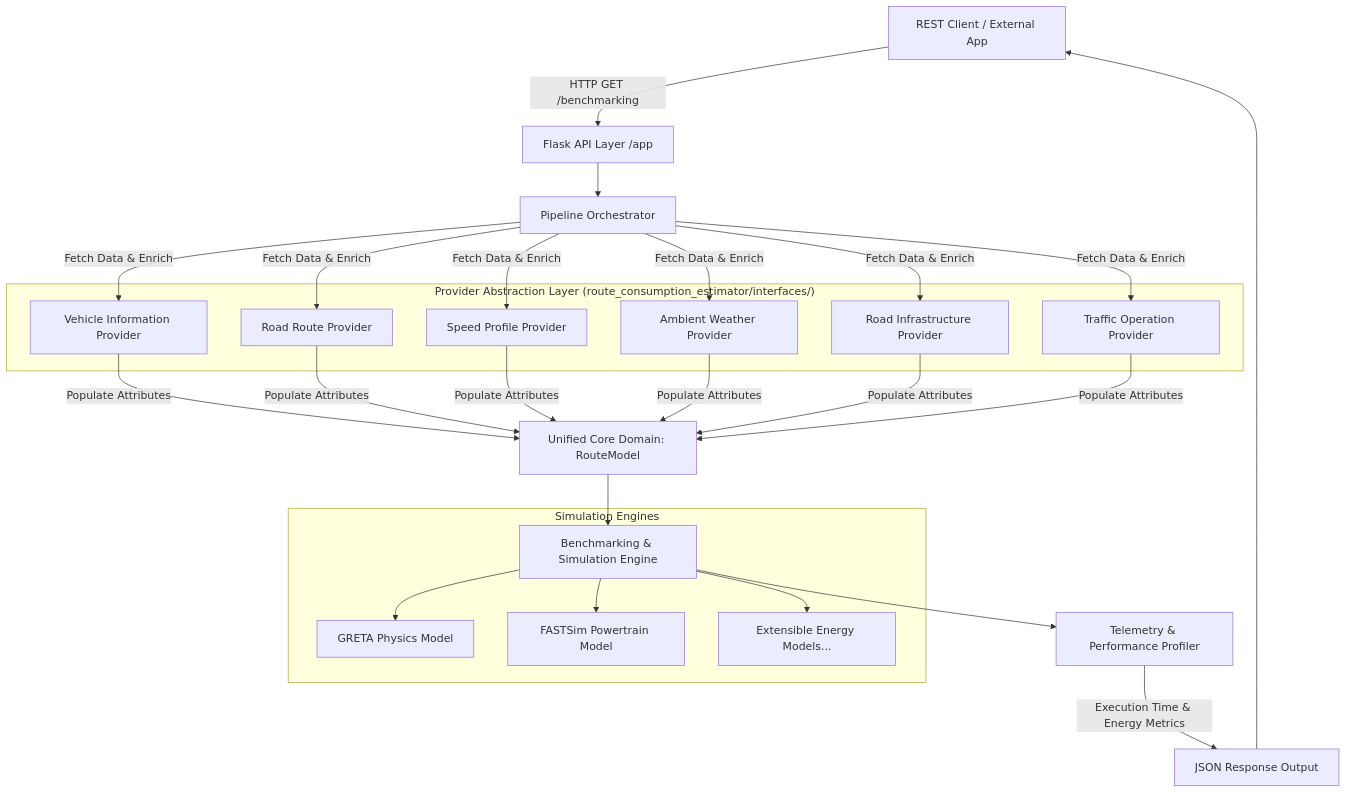
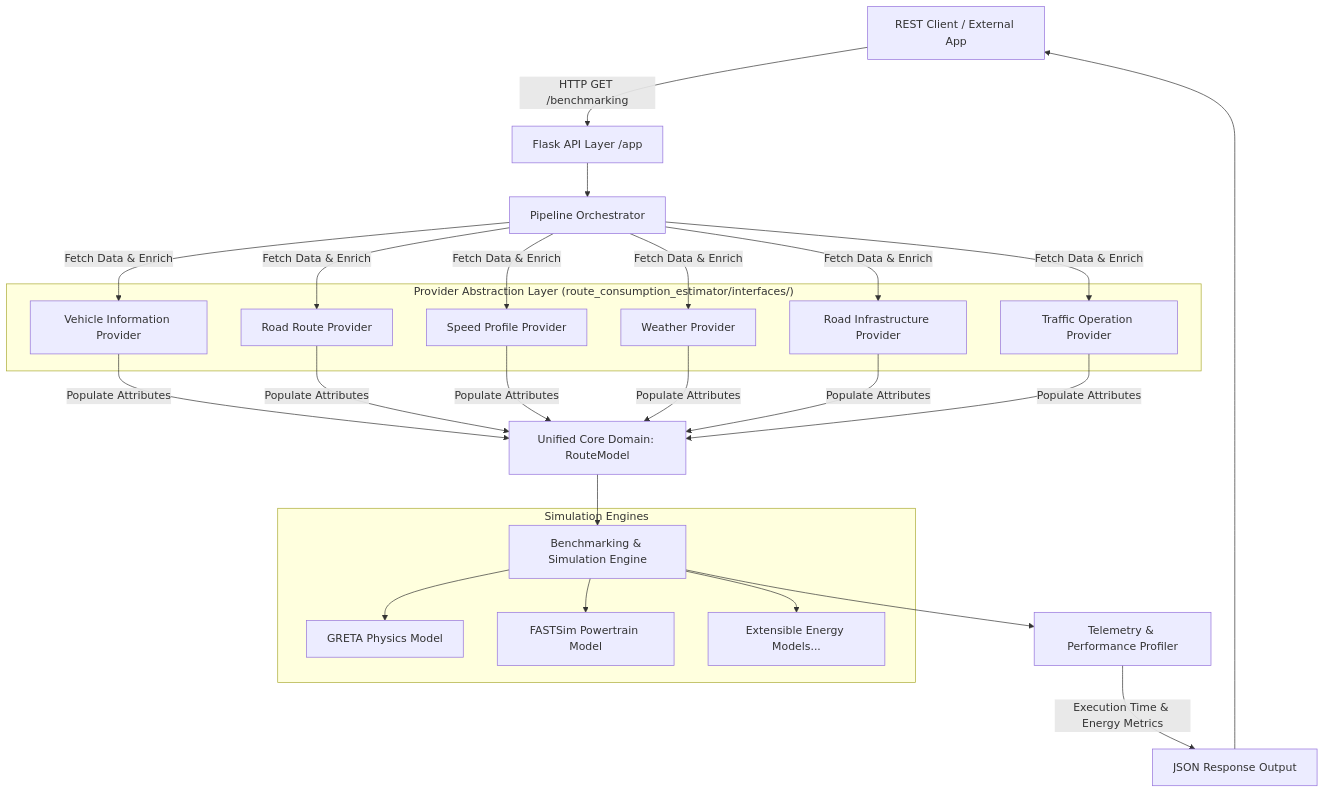
One commit to JoserraLP/eco-route-hub changed the diagram in README.md. Above: the diagram before and after it, drawn with Mermaid. The commit also changed other lines of this file and 34 other files, not shown here.

````diff
--- a/README.md
+++ b/README.md
@@ -39,29 +39,29 @@
 ```mermaid
 graph TD
     Client[REST Client / External App] -->|HTTP GET /benchmarking| API[Flask API Layer /app]
     API --> Pipeline[Pipeline Orchestrator]
     
     subgraph Providers ["Provider Abstraction Layer (route_consumption_estimator/interfaces/)"]
         P1[Vehicle Information Provider]
         P2[Road Route Provider]
         P3[Speed Profile Provider]
-        P4[Ambient Weather Provider]
+        P4[Weather Provider]
         P5[Road Infrastructure Provider]
         P6[Traffic Operation Provider]
     end
     
     Pipeline -->|Fetch Data & Enrich| P1 & P2 & P3 & P4 & P5 & P6
     P1 & P2 & P3 & P4 & P5 & P6 -->|Populate Attributes| Domain[Unified Core Domain: RouteModel]
     
     Domain --> Bench[Benchmarking & Simulation Engine]
     
     subgraph Engines ["Simulation Engines"]
         Bench --> Greta[GRETA Physics Model]
         Bench --> Fastsim[FASTSim Powertrain Model]
         Bench --> Custom[Extensible Energy Models...]
     end
     
     Bench --> Telemetry[Telemetry & Performance Profiler]
     Telemetry -->|Execution Time & Energy Metrics| Response[JSON Response Output]
     Response --> Client
 ```
````
